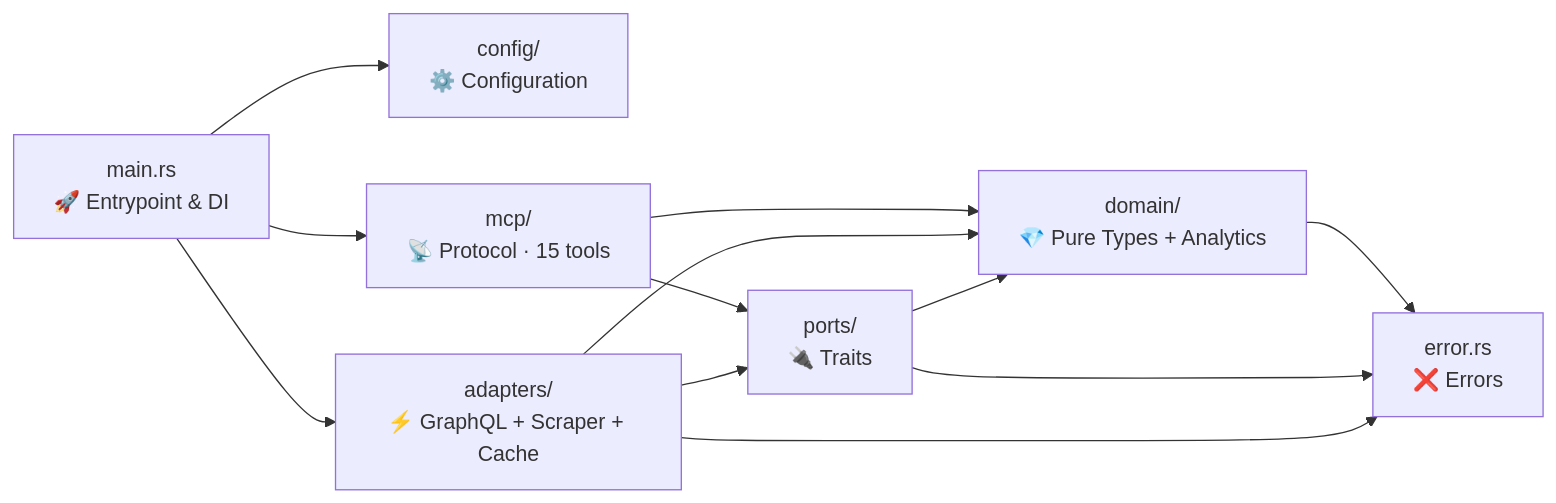
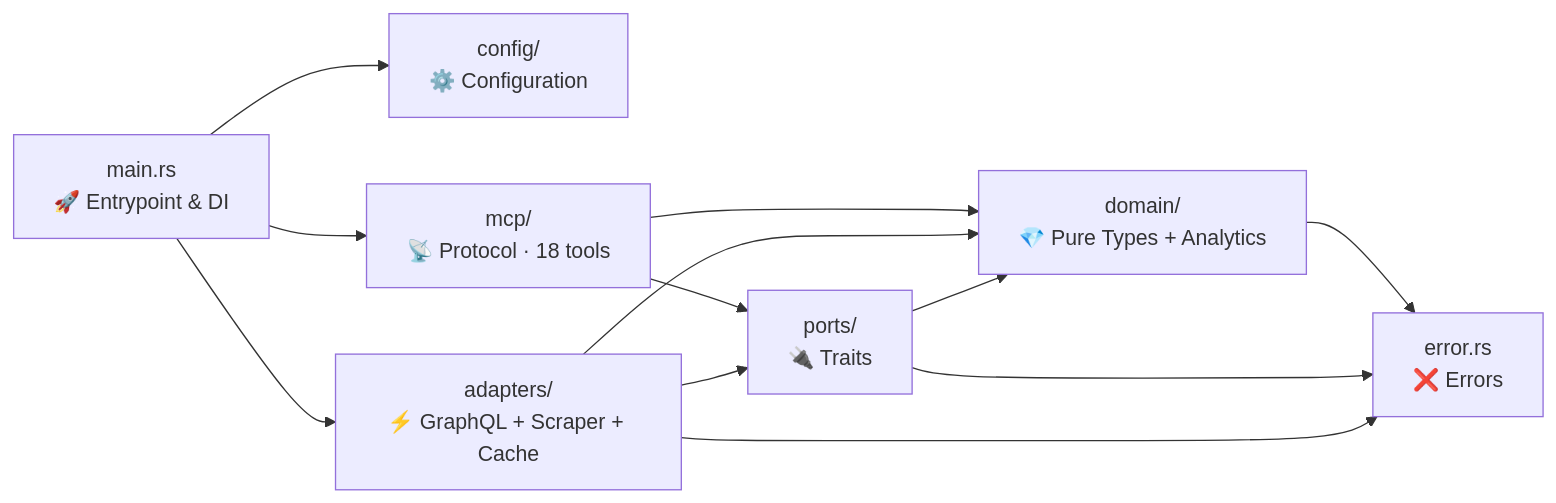
One commit to muchiny/mcp-airbnb changed the diagram in src/README.md. Above: the diagram before and after it, drawn with Mermaid. The commit also changed other lines of this file and 5 other files, not shown here.

````diff
--- a/src/README.md
+++ b/src/README.md
@@ -7,22 +7,22 @@
 ```mermaid
 graph LR
     main["main.rs<br/>🚀 Entrypoint & DI"] --> config
     main --> mcp
     main --> adapters
 
-    mcp["mcp/<br/>📡 Protocol · 15 tools"] --> ports
+    mcp["mcp/<br/>📡 Protocol · 18 tools"] --> ports
     mcp --> domain
 
     adapters["adapters/<br/>⚡ GraphQL + Scraper + Cache"] --> ports
     adapters --> domain
 
     ports["ports/<br/>🔌 Traits"] --> domain
 
     config["config/<br/>⚙️ Configuration"]
     domain["domain/<br/>💎 Pure Types + Analytics"]
     error["error.rs<br/>❌ Errors"]
 
     domain --> error
     ports --> error
     adapters --> error
 ```
````
